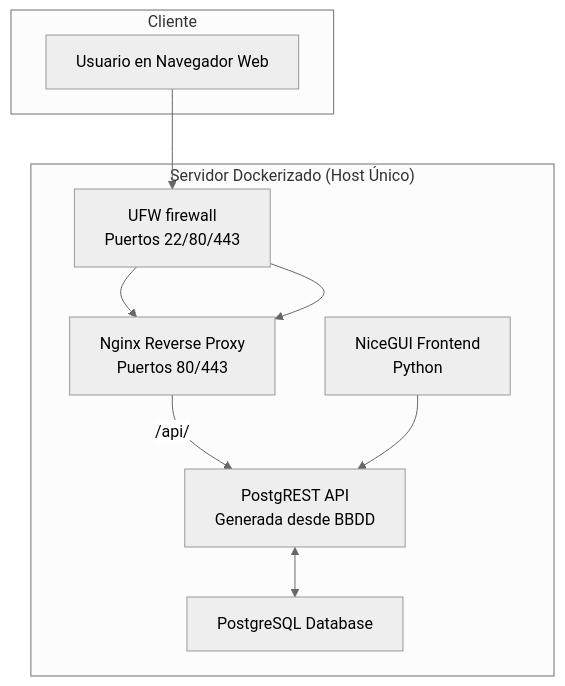
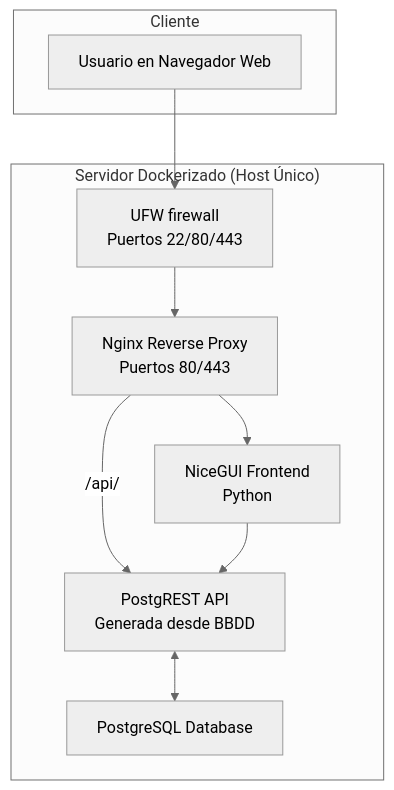
Before and after one commit to maiktreya/tenantsUnion: the diagram in readme.md, drawn with Mermaid (neutral theme).

````diff
--- a/readme.md
+++ b/readme.md
@@ -12,21 +12,21 @@
 ```mermaid
 graph TD
     subgraph "Cliente"
         A[Usuario en Navegador Web]
     end
 
     subgraph "Servidor Dockerizado (Host Único)"
         B[UFW firewall <br> Puertos 22/80/443]
         C[Nginx Reverse Proxy <br> Puertos 80/443]
         D[NiceGUI Frontend <br> Python]
         E[PostgREST API <br> Generada desde BBDD]
         F[PostgreSQL Database]
     end
 
     A --> B
     B --> C
-    B --> C
+    C --> D
     C --"/api/"--> E
     D --> E
     E <--> F
 ```
````
